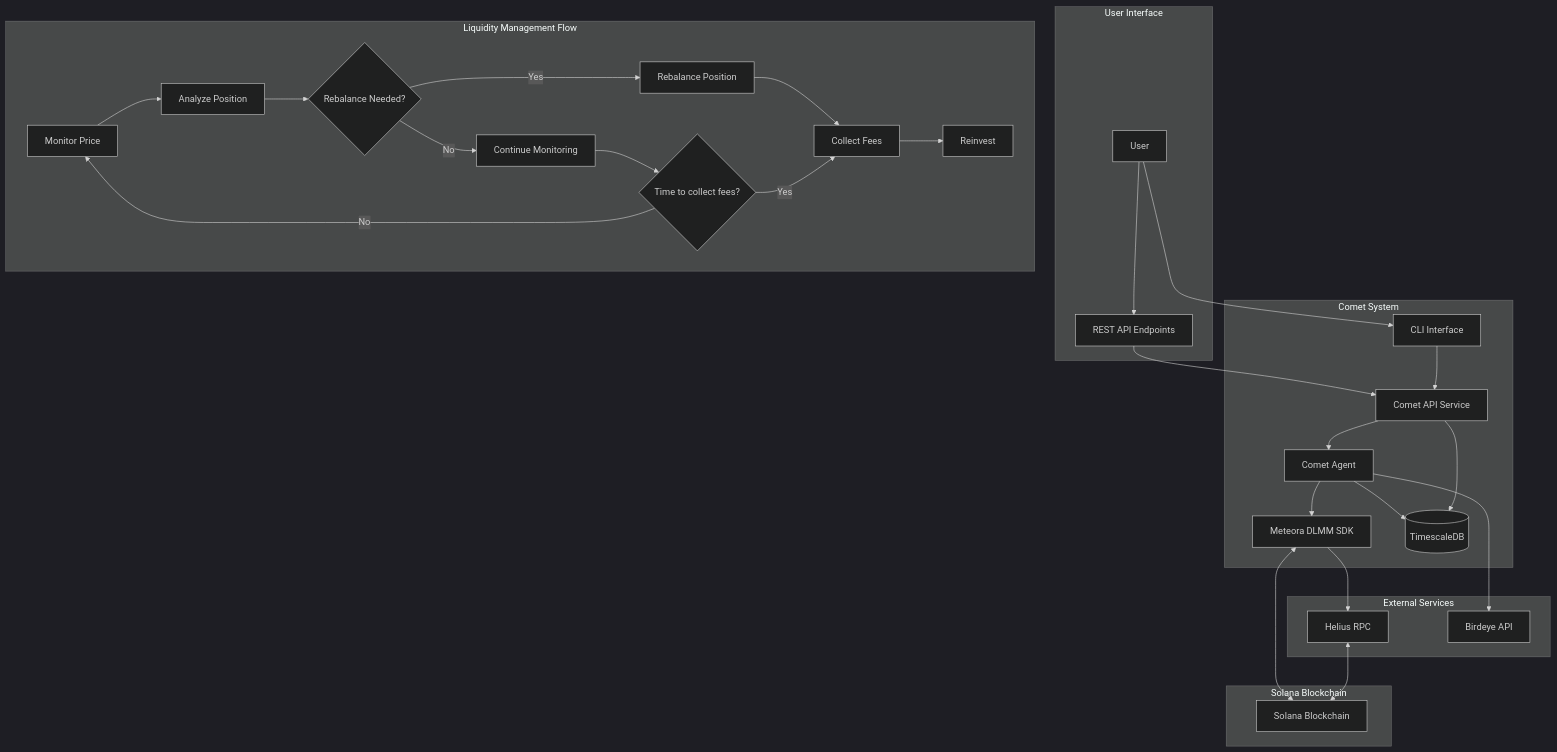
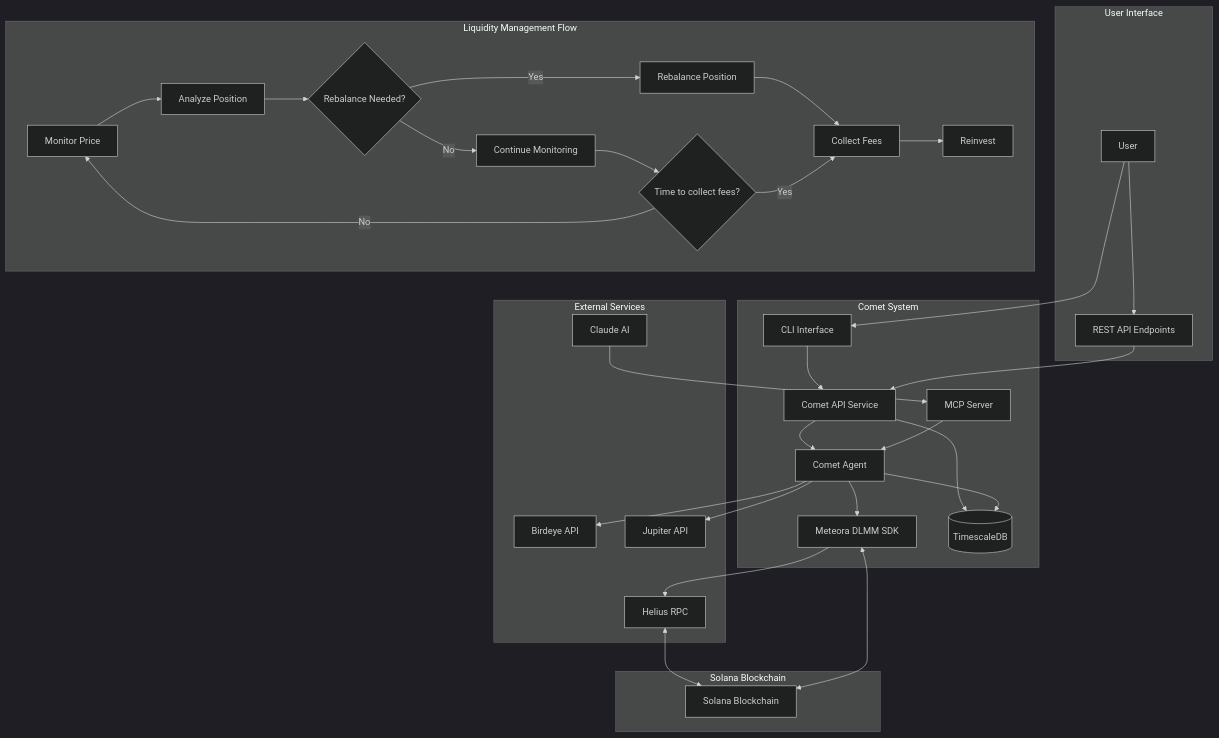
One commit to alchemexlabs/comet changed the first of 2 diagrams in README.md. Above: the diagram before and after it, drawn with Mermaid (dark theme). The commit also changed other lines of this file and 4 other files, not shown here.

````diff
--- a/README.md
+++ b/README.md
@@ -29,39 +29,42 @@
 ```mermaid
 graph TD
     subgraph "Comet System"
         API[Comet API Service] --> Agent[Comet Agent]
         Agent --> DLMM[Meteora DLMM SDK]
         CLI[CLI Interface] --> API
         API --> DB[(TimescaleDB)]
         Agent --> DB
+        MCP[MCP Server] --> Agent
     end
 
     subgraph "External Services"
         DLMM --> RPC[Helius RPC]
         Agent --> Birdeye[Birdeye API]
+        Agent --> Jupiter[Jupiter API]
+        Claude[Claude AI] --> MCP
     end
 
     subgraph "Solana Blockchain"
         RPC <--> BC[Solana Blockchain]
         DLMM <--> BC
     end
 
     subgraph "User Interface"
         User[User] --> CLI
         User --> APIEndpoints[REST API Endpoints]
         APIEndpoints --> API
     end
 
     subgraph "Liquidity Management Flow"
         direction LR
         Monitor[Monitor Price] --> Analyze[Analyze Position]
         Analyze --> Decision{Rebalance Needed?}
         Decision -->|Yes| Rebalance[Rebalance Position]
         Decision -->|No| Continue[Continue Monitoring]
         Rebalance --> CollectFees[Collect Fees]
         CollectFees --> Reinvest[Reinvest]
         Continue --> TimeCheck{Time to collect fees?}
         TimeCheck -->|Yes| CollectFees
         TimeCheck -->|No| Monitor
     end
 ```
````
